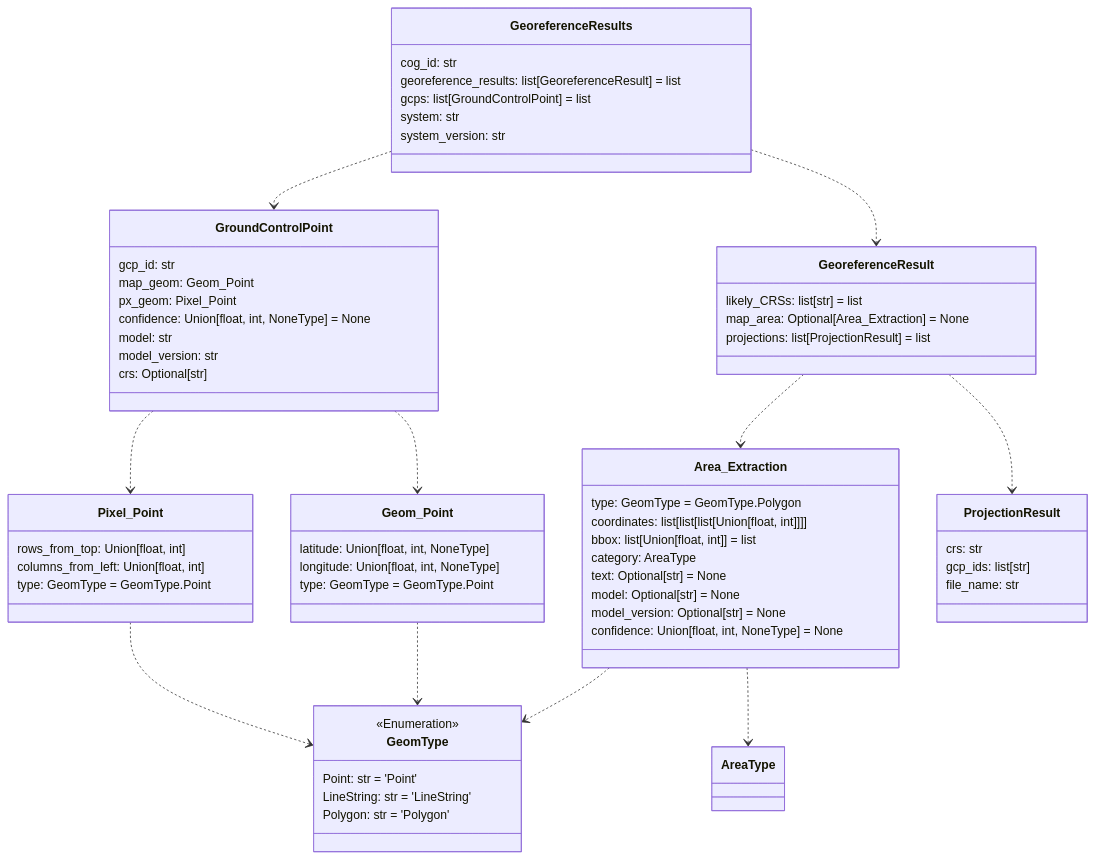
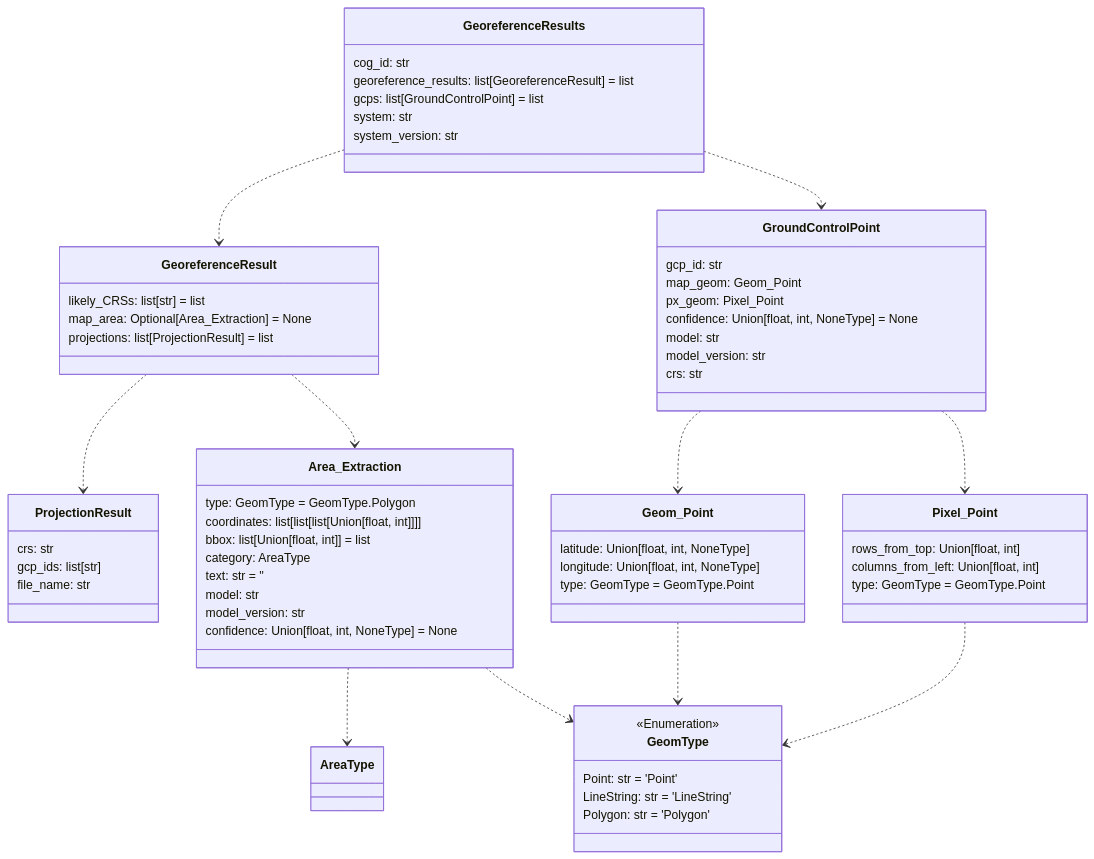
Before and after one commit to DARPA-CRITICALMAAS/cdr_schemas: the second of 12 diagrams in README.md, drawn with Mermaid. The commit also changed other lines of this file and 7 other files, not shown here.

````diff
--- a/README.md
+++ b/README.md
@@ -113,76 +113,76 @@
 ```mermaid
 classDiagram
 
-    class Pixel_Point {
-        rows_from_top: Union[float, int]
-        columns_from_left: Union[float, int]
-        type: GeomType = GeomType.Point
+    class GeoreferenceResults {
+        cog_id: str
+        georeference_results: list[GeoreferenceResult] = list
+        gcps: list[GroundControlPoint] = list
+        system: str
+        system_version: str
+    }
+
+    class GroundControlPoint {
+        gcp_id: str
+        map_geom: Geom_Point
+        px_geom: Pixel_Point
+        confidence: Union[float, int, NoneType] = None
+        model: str
+        model_version: str
+        crs: str
     }
 
     class GeoreferenceResult {
         likely_CRSs: list[str] = list
         map_area: Optional[Area_Extraction] = None
         projections: list[ProjectionResult] = list
     }
 
     class ProjectionResult {
         crs: str
         gcp_ids: list[str]
         file_name: str
     }
 
-    class GroundControlPoint {
-        gcp_id: str
-        map_geom: Geom_Point
-        px_geom: Pixel_Point
-        confidence: Union[float, int, NoneType] = None
-        model: str
-        model_version: str
-        crs: Optional[str]
+    class Geom_Point {
+        latitude: Union[float, int, NoneType]
+        longitude: Union[float, int, NoneType]
+        type: GeomType = GeomType.Point
     }
 
     class GeomType {
         <<Enumeration>>
         Point: str = 'Point'
         LineString: str = 'LineString'
         Polygon: str = 'Polygon'
     }
 
     class Area_Extraction {
         type: GeomType = GeomType.Polygon
         coordinates: list[list[list[Union[float, int]]]]
         bbox: list[Union[float, int]] = list
         category: AreaType
-        text: Optional[str] = None
-        model: Optional[str] = None
-        model_version: Optional[str] = None
+        text: str = ''
+        model: str
+        model_version: str
         confidence: Union[float, int, NoneType] = None
     }
 
-    class Geom_Point {
-        latitude: Union[float, int, NoneType]
-        longitude: Union[float, int, NoneType]
+    class Pixel_Point {
+        rows_from_top: Union[float, int]
+        columns_from_left: Union[float, int]
         type: GeomType = GeomType.Point
     }
 
-    class GeoreferenceResults {
-        cog_id: str
-        georeference_results: list[GeoreferenceResult] = list
-        gcps: list[GroundControlPoint] = list
-        system: str
-        system_version: str
-    }
-
+    Area_Extraction ..> AreaType
     Area_Extraction ..> GeomType
-    Area_Extraction ..> AreaType
     Geom_Point ..> GeomType
     Pixel_Point ..> GeomType
+    GroundControlPoint ..> Geom_Point
     GroundControlPoint ..> Pixel_Point
-    GroundControlPoint ..> Geom_Point
     GeoreferenceResult ..> Area_Extraction
     GeoreferenceResult ..> ProjectionResult
+    GeoreferenceResults ..> GeoreferenceResult
     GeoreferenceResults ..> GroundControlPoint
-    GeoreferenceResults ..> GeoreferenceResult
 
 
 ```
````
